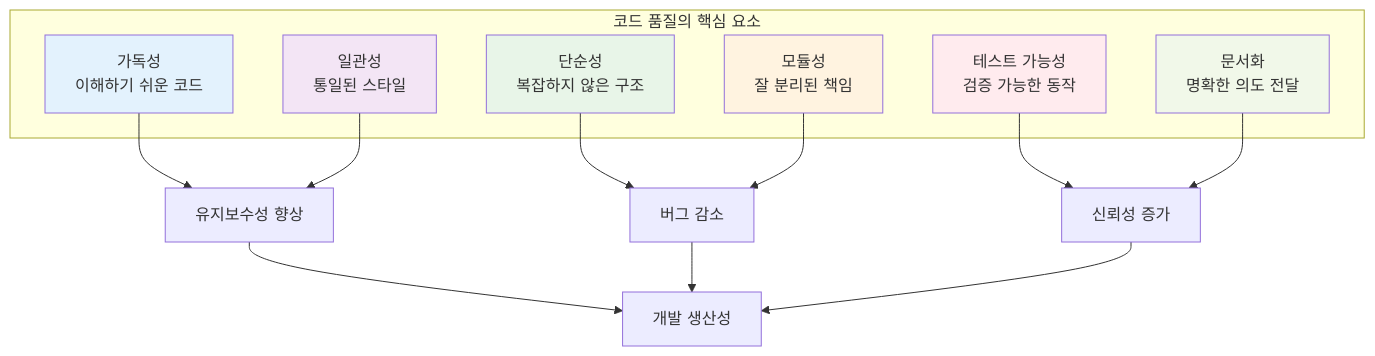
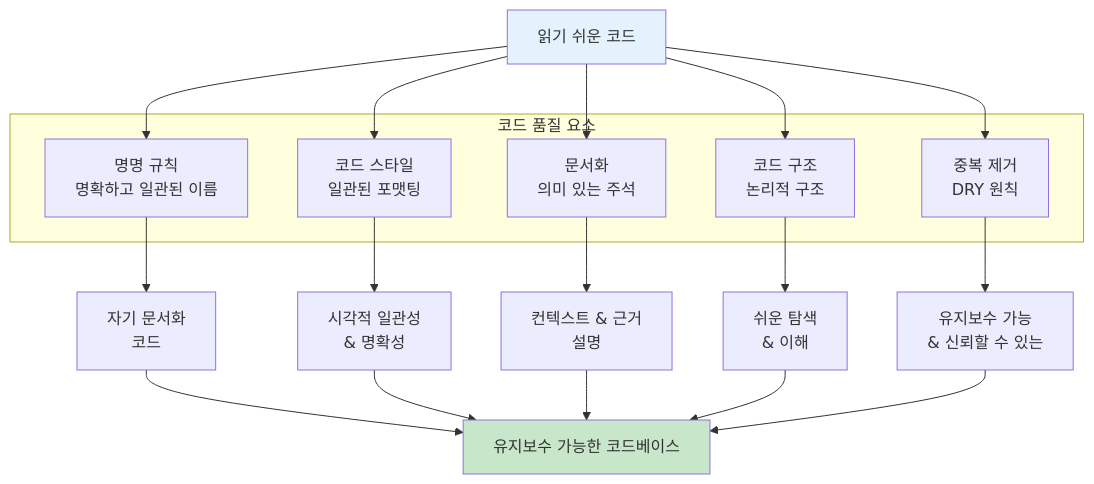
The second of 2 diagrams in chapters/ko/chapter-05.md (hunkim/VibeSoftwareEngineering), drawn with Mermaid before and after one commit. The commit also changed other lines of this file and 7 other files, not shown here.

````diff
--- a/chapters/ko/chapter-05.md
+++ b/chapters/ko/chapter-05.md
@@ -24,29 +88,31 @@
 ```mermaid
 graph TD
-    subgraph "코드 품질의 핵심 요소"
-        A["가독성<br/>이해하기 쉬운 코드"]
-        B["일관성<br/>통일된 스타일"]
-        C["단순성<br/>복잡하지 않은 구조"]
-        D["모듈성<br/>잘 분리된 책임"]
-        E["테스트 가능성<br/>검증 가능한 동작"]
-        F["문서화<br/>명확한 의도 전달"]
+    subgraph "코드 품질 요소"
+        A["명명 규칙<br/>명확하고 일관된 이름"]
+        B["코드 스타일<br/>일관된 포맷팅"]
+        C["문서화<br/>의미 있는 주석"]
+        D["코드 구조<br/>논리적 구조"]
+        E["중복 제거<br/>DRY 원칙"]
     end
     
-    A --> G["유지보수성 향상"]
-    B --> G
-    C --> H["버그 감소"]
-    D --> H
-    E --> I["신뢰성 증가"]
-    F --> I
+    F["읽기 쉬운 코드"] --> A
+    F --> B
+    F --> C
+    F --> D
+    F --> E
     
-    G --> J["개발 생산성"]
-    H --> J
-    I --> J
+    A --> G["자기 문서화<br/>코드"]
+    B --> H["시각적 일관성<br/>& 명확성"]
+    C --> I["컨텍스트 & 근거<br/>설명"]
+    D --> J["쉬운 탐색<br/>& 이해"]
+    E --> K["유지보수 가능<br/>& 신뢰할 수 있는"]
     
-    style A fill:#e3f2fd
-    style B fill:#f3e5f5
-    style C fill:#e8f5e8
-    style D fill:#fff3e0
-    style E fill:#ffebee
-    style F fill:#f1f8e9
+    G --> L["유지보수 가능한 코드베이스"]
+    H --> L
+    I --> L
+    J --> L
+    K --> L
+    
+    style F fill:#e3f2fd
+    style L fill:#c8e6c9
 ```
````
